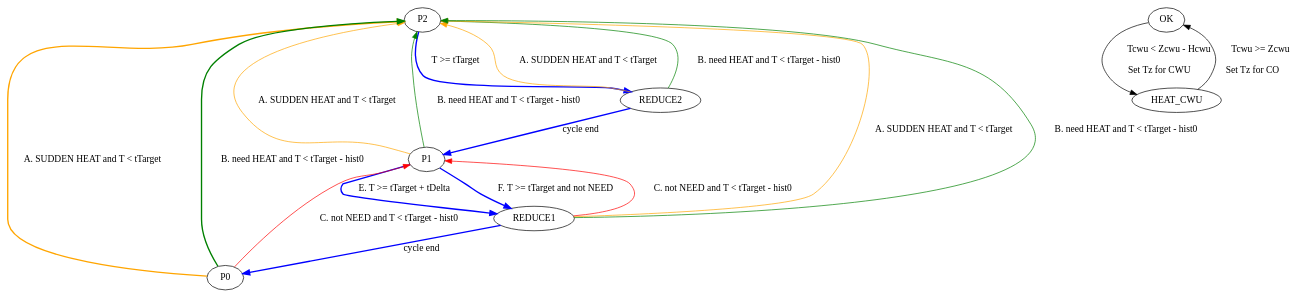
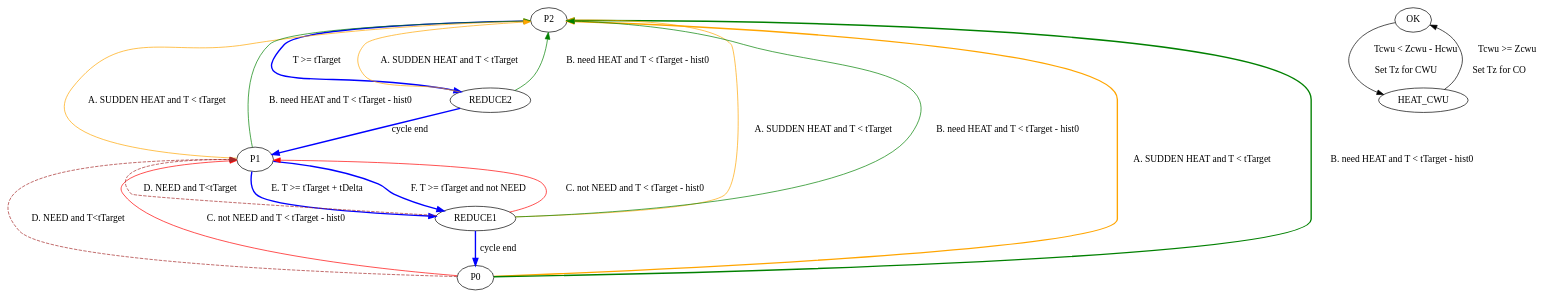
One commit to lafar6502/masterpiec changed the diagram in states.gv. Above: the diagram before and after it, drawn with Graphviz. The commit also changed 5 other files, not shown here.

```diff
--- a/states.gv
+++ b/states.gv
@@ -1,53 +1,57 @@
 digraph G {
+subgraph MAIN 
+{
+    
 
 HEAT [label="P2"]
 COOLOFF [label="P1"]
 MAINTAIN [label="P0"]
 
 HEAT->REDUCE2 [label="T >= tTarget", style=bold, color=blue]
 
 REDUCE2 -> COOLOFF [label="cycle end",style=bold, color=blue]
 
 
 REDUCE2 -> HEAT [label="A. SUDDEN HEAT and T < tTarget", color=orange]
 REDUCE2 -> HEAT [label="B. need HEAT and T < tTarget - hist0", color=green]
 
 
 COOLOFF->REDUCE1 [label="E. T >= tTarget + tDelta", style=bold, color=blue]
 COOLOFF->REDUCE1 [label="F. T >= tTarget and not NEED", style=bold, color=blue]
 
 REDUCE1 -> MAINTAIN [label="cycle end", style=bold, color=blue]
 
 
 REDUCE1 -> HEAT [label="A. SUDDEN HEAT and T < tTarget", color=orange]
 REDUCE1 -> HEAT [label="B. need HEAT and T < tTarget - hist0", color=green]
 
 //REDUCE1 -> HEAT [label="B. T <= tTarget - hist0", color=green]
 REDUCE1 -> COOLOFF [label="C. not NEED and T < tTarget - hist0", color=red]
 
 //REDUCE1 -> COOLOFF [label="2. NEED and T<tTarget"]
 
 COOLOFF -> HEAT [label="A. SUDDEN HEAT and T < tTarget", color=orange]
 //COOLOFF->HEAT [label="B. T <= tTarget - hist0", color=green]
 COOLOFF -> HEAT [label="B. need HEAT and T < tTarget - hist0", color=green]
 
 //HEAT -> REDUCE1 [label="1. T > tTarget + tDelta", color=green]
 MAINTAIN -> HEAT [label="A. SUDDEN HEAT and T < tTarget", style=bold, color=orange]
 MAINTAIN -> HEAT [label="B. need HEAT and T < tTarget - hist0", style=bold, color=green]
 
 //MAINTAIN -> HEAT [label="B. T <= tTarget - hist0", style=bold, color=green]
 MAINTAIN -> COOLOFF[label="C. not NEED and T < tTarget - hist0", color=red]
-
+MAINTAIN -> COOLOFF[label="D. NEED and T<tTarget", color=brown, style=dashed]
+REDUCE1 -> COOLOFF[label="D. NEED and T<tTarget", color=brown, style=dashed]
 //MAINTAIN -> COOLOFF [label="NEED and T between tTarget - hist0 and tTarget", style=bold, color=darkgreen]
 
-
+}
 
 subgraph CWU {
     OK -> HEAT_CWU [label="Tcwu < Zcwu - Hcwu\r\nSet Tz for CWU"]
     HEAT_CWU -> OK [label="Tcwu >= Zcwu\r\nSet Tz for CO"]
     
 }
 
 
 
 }
```
